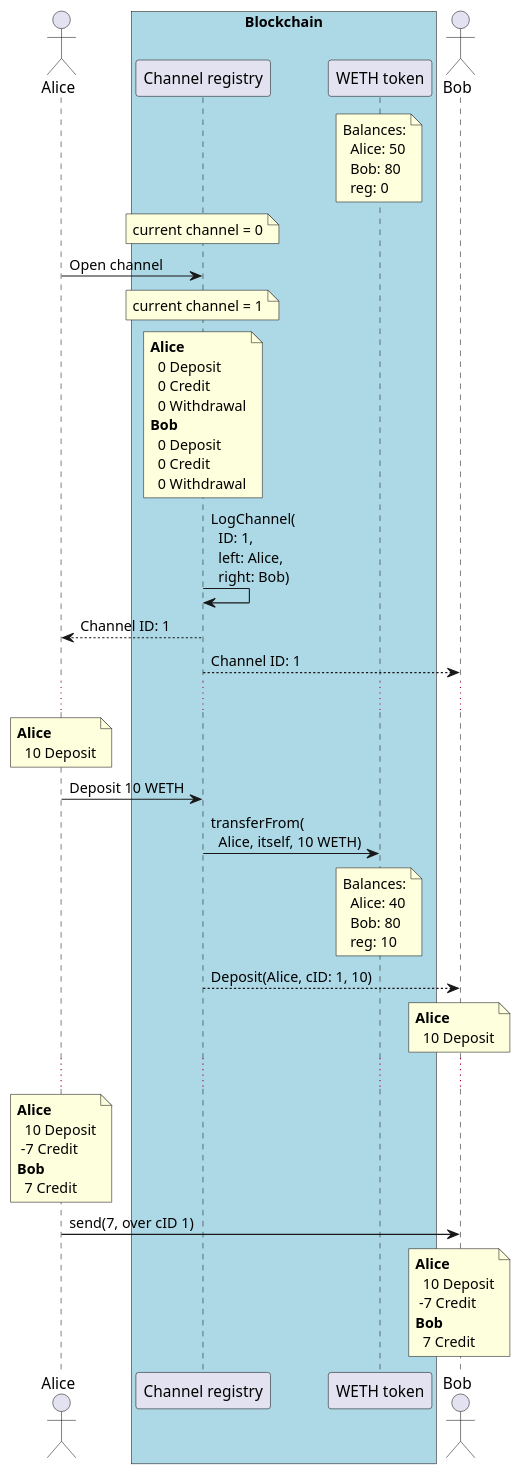
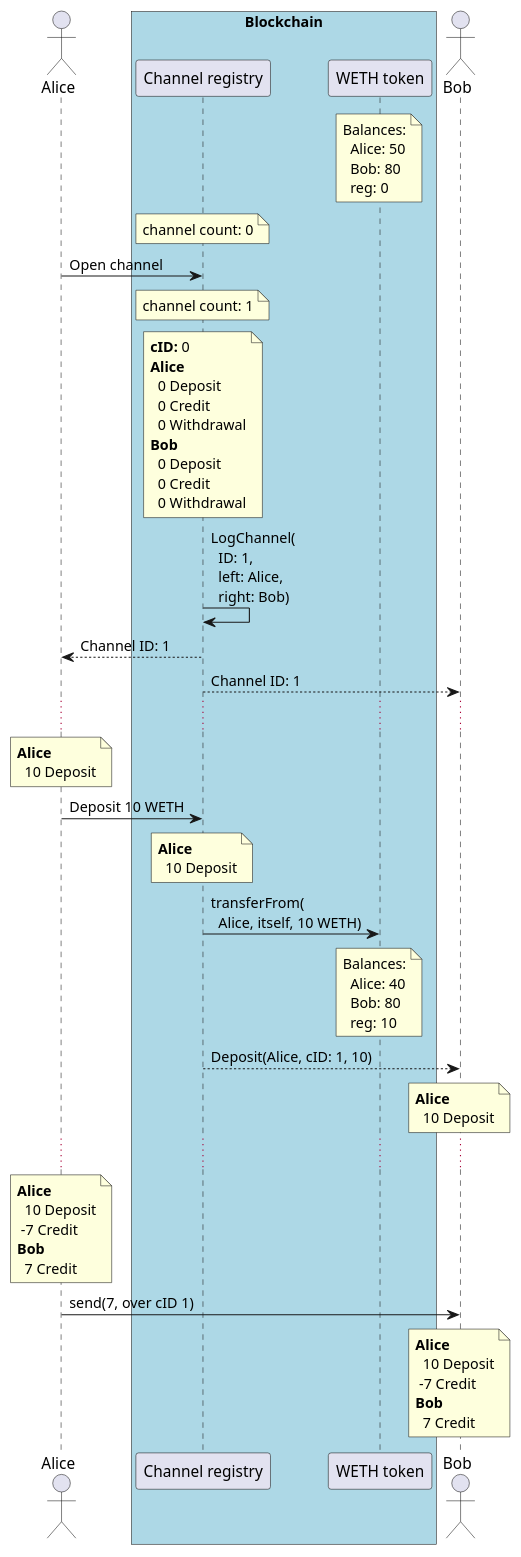
Before and after one commit to enumatech/cljs-abi-viewer: the diagram in src/state_channel/unconditional-payment.puml, drawn with PlantUML. The commit also changed 3 other files, not shown here.

First line of the commit message:
Deposit channel

```diff
--- a/src/state_channel/unconditional-payment.puml
+++ b/src/state_channel/unconditional-payment.puml
@@ -1,31 +1,32 @@
 @startuml
 actor Alice as A
 
 box "Blockchain" #lightblue
     participant "Channel registry" as reg
     participant "WETH token" as weth
 end box
 
 actor Bob as B
 
 note over weth: Balances:\n  Alice: 50\n  Bob: 80\n  reg: 0
-note over reg: current channel = 0
+note over reg: channel count: 0
 A -> reg: Open channel
-note over reg: current channel = 1
-note over reg: **Alice**\n  0 Deposit\n  0 Credit\n  0 Withdrawal\n**Bob**\n  0 Deposit\n  0 Credit\n  0 Withdrawal
+note over reg: channel count: 1
+note over reg: **cID:** 0\n**Alice**\n  0 Deposit\n  0 Credit\n  0 Withdrawal\n**Bob**\n  0 Deposit\n  0 Credit\n  0 Withdrawal
 reg -> reg: LogChannel(\n  ID: 1,\n  left: Alice,\n  right: Bob)
 reg --> A: Channel ID: 1
 reg --> B: Channel ID: 1
 ...
 note over A: **Alice**\n  10 Deposit
 A -> reg: Deposit 10 WETH
+note over reg: **Alice**\n  10 Deposit
 reg -> weth: transferFrom(\n  Alice, itself, 10 WETH)
 note over weth: Balances:\n  Alice: 40\n  Bob: 80\n  reg: 10
 reg --> B: Deposit(Alice, cID: 1, 10)
 note over B: **Alice**\n  10 Deposit
 ...
 note over A: **Alice**\n  10 Deposit\n -7 Credit\n**Bob**\n  7 Credit
 A -> B: send(7, over cID 1)
 note over B: **Alice**\n  10 Deposit\n -7 Credit\n**Bob**\n  7 Credit
 
 @enduml
```
